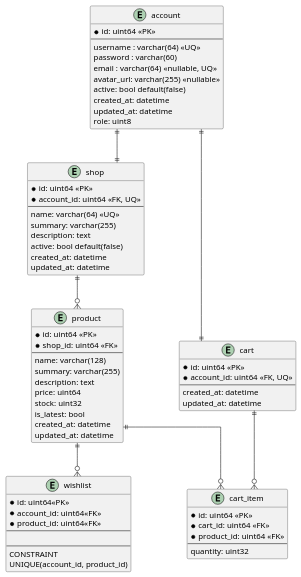
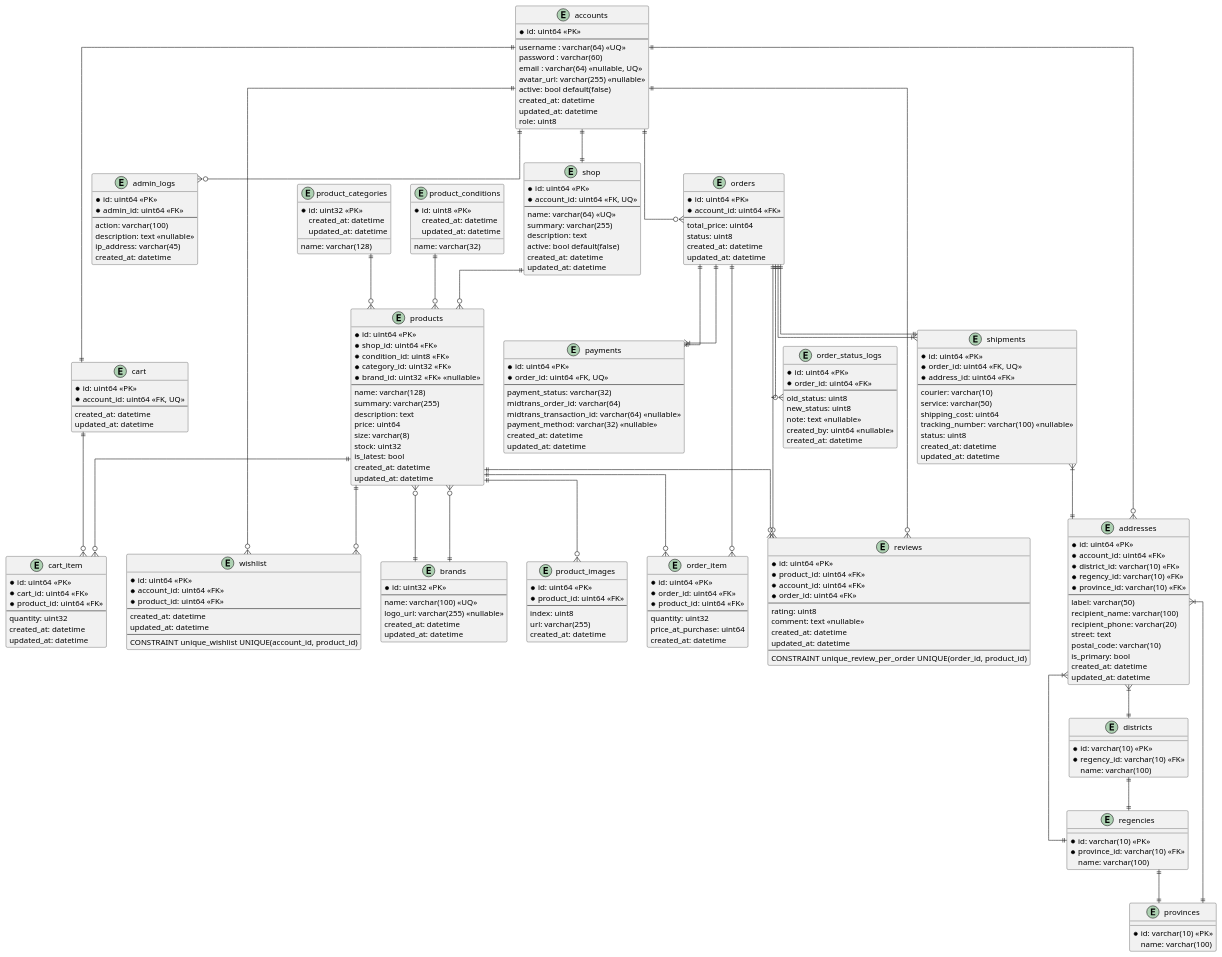
One commit to andrr64/vintage-online-shop changed the diagram in documents/ERD.puml. Above: the diagram before and after it, drawn with PlantUML. The commit also changed 63 other files, not shown here.

```diff
--- a/documents/ERD.puml
+++ b/documents/ERD.puml
@@ -1,12 +1,8 @@
-@startuml 
-
+@startuml
 skinparam linetype ortho
 skinparam shadowing false
-skinparam handwritten false
-skinparam nodesep 100
-skinparam ranksep 60
 
-entity "account" as account {
+entity "accounts" as accounts {
   *id: uint64 <<PK>>
   --
   username : varchar(64) <<UQ>>
@@ -31,18 +27,68 @@
   updated_at: datetime
 }
 
-entity "product" as product {
+entity "brands" as brands {
+  *id: uint32 <<PK>>
+  --
+  name: varchar(100) <<UQ>>
+  logo_url: varchar(255) <<nullable>>
+  created_at: datetime
+  updated_at: datetime
+}
+
+entity "product_conditions" as product_conditions {
+  *id: uint8 <<PK>>
+  name: varchar(32)
+  created_at: datetime
+  updated_at: datetime
+}
+
+entity "product_categories" as product_categories {
+  *id: uint32 <<PK>>
+  name: varchar(128)
+  created_at: datetime
+  updated_at: datetime
+}
+
+entity "products" as products {
   *id: uint64 <<PK>>
   *shop_id: uint64 <<FK>>
+  *condition_id: uint8 <<FK>>
+  *category_id: uint32 <<FK>>
+  *brand_id: uint32 <<FK>> <<nullable>>
   --
   name: varchar(128)
   summary: varchar(255)
   description: text
   price: uint64
+  size: varchar(8)
   stock: uint32
   is_latest: bool
   created_at: datetime
   updated_at: datetime
+}
+
+entity "product_images" as product_images {
+  *id: uint64 <<PK>>
+  *product_id: uint64 <<FK>>
+  --
+  index: uint8
+  url: varchar(255)
+  created_at: datetime
+}
+
+entity "reviews" as reviews {
+  *id: uint64 <<PK>>
+  *product_id: uint64 <<FK>>
+  *account_id: uint64 <<FK>>
+  *order_id: uint64 <<FK>>
+  --
+  rating: uint8
+  comment: text <<nullable>>
+  created_at: datetime
+  updated_at: datetime
+  --
+  CONSTRAINT unique_review_per_order UNIQUE(order_id, product_id)
 }
 
 entity "cart" as cart {
@@ -59,35 +105,166 @@
   *product_id: uint64 <<FK>>
   --
   quantity: uint32
+  created_at: datetime
+  updated_at: datetime
 }
 
 entity "wishlist" as wishlist {
-  *id: uint64<<PK>>
-  *account_id: uint64<<FK>>
-  *product_id: uint64<<FK>>
+  *id: uint64 <<PK>>
+  *account_id: uint64 <<FK>>
+  *product_id: uint64 <<FK>>
   --
-
+  created_at: datetime
+  updated_at: datetime
   --
-  CONSTRAINT
-  UNIQUE(account_id, product_id)
+  CONSTRAINT unique_wishlist UNIQUE(account_id, product_id)
 }
 
+entity "orders" as orders {
+  *id: uint64 <<PK>>
+  *account_id: uint64 <<FK>>
+  --
+  total_price: uint64
+  status: uint8
+  created_at: datetime
+  updated_at: datetime
+}
 
-product ||--o{wishlist
+entity "order_item" as order_item {
+  *id: uint64 <<PK>>
+  *order_id: uint64 <<FK>>
+  *product_id: uint64 <<FK>>
+  --
+  quantity: uint32
+  price_at_purchase: uint64
+  created_at: datetime
+}
 
-' --- RELASI ---
-' Satu Akun punya satu Toko (jika rolenya seller)
-account ||--|| shop
+entity "order_status_logs" as order_status_logs {
+  *id: uint64 <<PK>>
+  *order_id: uint64 <<FK>>
+  --
+  old_status: uint8
+  new_status: uint8
+  note: text <<nullable>>
+  created_by: uint64 <<nullable>>
+  created_at: datetime
+}
 
-' Satu Akun punya satu Keranjang
-account ||--|| cart
+entity "payments" as payments {
+  *id: uint64 <<PK>>
+  *order_id: uint64 <<FK, UQ>>
+  --
+  payment_status: varchar(32)
+  midtrans_order_id: varchar(64)
+  midtrans_transaction_id: varchar(64) <<nullable>>
+  payment_method: varchar(32) <<nullable>>
+  created_at: datetime
+  updated_at: datetime
+}
 
-' Satu Toko punya banyak Produk
-shop ||--o{ product
+entity "provinces" as provinces {
+  *id: varchar(10) <<PK>>
+  name: varchar(100)
+}
 
-' Satu Keranjang punya banyak Item
+entity "regencies" as regencies {
+  *id: varchar(10) <<PK>>
+  *province_id: varchar(10) <<FK>>
+  name: varchar(100)
+}
+
+entity "districts" as districts {
+  *id: varchar(10) <<PK>>
+  *regency_id: varchar(10) <<FK>>
+  name: varchar(100)
+}
+
+entity "addresses" as addresses {
+  *id: uint64 <<PK>>
+  *account_id: uint64 <<FK>>
+  *district_id: varchar(10) <<FK>>
+  *regency_id: varchar(10) <<FK>>
+  *province_id: varchar(10) <<FK>>
+  --
+  label: varchar(50)
+  recipient_name: varchar(100)
+  recipient_phone: varchar(20)
+  street: text
+  postal_code: varchar(10)
+  is_primary: bool
+  created_at: datetime
+  updated_at: datetime
+}
+
+entity "shipments" as shipments {
+  *id: uint64 <<PK>>
+  *order_id: uint64 <<FK, UQ>>
+  *address_id: uint64 <<FK>>
+  --
+  courier: varchar(10)
+  service: varchar(50)
+  shipping_cost: uint64
+  tracking_number: varchar(100) <<nullable>>
+  status: uint8
+  created_at: datetime
+  updated_at: datetime
+}
+
+entity "admin_logs" as admin_logs {
+  *id: uint64 <<PK>>
+  *admin_id: uint64 <<FK>>
+  --
+  action: varchar(100)
+  description: text <<nullable>>
+  ip_address: varchar(45)
+  created_at: datetime
+}
+
+' === RELASI YANG DITAMBAHKAN ===
+accounts ||--o{ reviews
+accounts ||--o{ admin_logs
+
+products ||--o{ reviews
+products }o--|| brands
+
+orders ||--o{ reviews
+orders ||--o{ order_status_logs
+
+brands ||--o{ products
+
+' === RELASI YANG SUDAH ADA ===
+accounts ||--|| shop
+accounts ||--|| cart
+accounts ||--o{ orders
+accounts ||--o{ wishlist
+accounts ||--o{ addresses
+
+shop ||--o{ products
+
+product_conditions ||--o{ products
+product_categories ||--o{ products
+
+products ||--o{ product_images
+products ||--o{ cart_item
+products ||--o{ wishlist
+products ||--o{ order_item
+
 cart ||--o{ cart_item
 
-' Satu Produk bisa ada di banyak Item Keranjang
-product ||--o{ cart_item
+orders ||--o{ order_item
+orders ||--|| payments
+orders ||--|| shipments
+
+payments }|--|| orders
+shipments }|--|| orders
+shipments }|--|| addresses
+
+addresses }|--|| districts
+addresses }|--|| regencies
+addresses }|--|| provinces
+
+districts ||--|| regencies
+regencies ||--|| provinces
+
 @enduml
```
